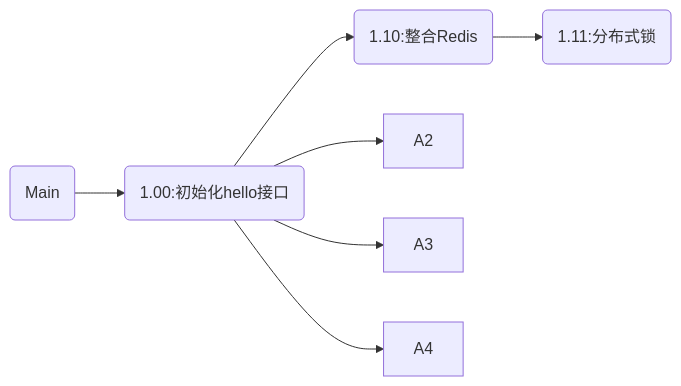
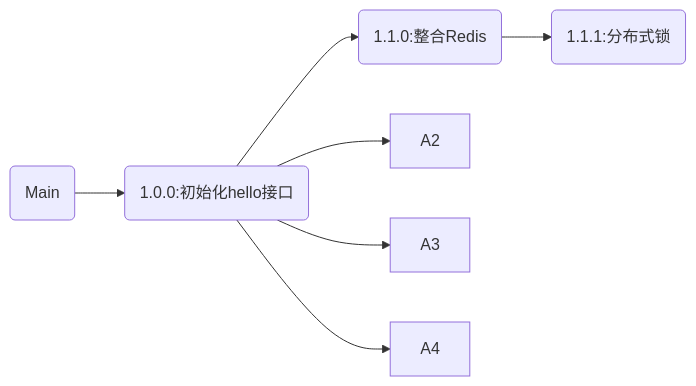
The diagram in README.md (moyifengxue/simple_functions), drawn with Mermaid before and after one commit.

Commit message:
Main分支指向1.0.0

````diff
--- a/README.md
+++ b/README.md
@@ -20,9 +20,9 @@
 ```mermaid
 graph LR;
-A(1.00:初始化hello接口)-->A1;
-A(1.00:初始化hello接口)-->A2;
-A(1.00:初始化hello接口)-->A3;
-A(1.00:初始化hello接口)-->A4;
-A1(1.10:整合Redis)-->A11(1.11:分布式锁);
+A(1.0.0:初始化hello接口)-->A1;
+A(1.0.0:初始化hello接口)-->A2;
+A(1.0.0:初始化hello接口)-->A3;
+A(1.0.0:初始化hello接口)-->A4;
+A1(1.1.0:整合Redis)-->A11(1.1.1:分布式锁);
 B(Main)-->A
 ```
````
